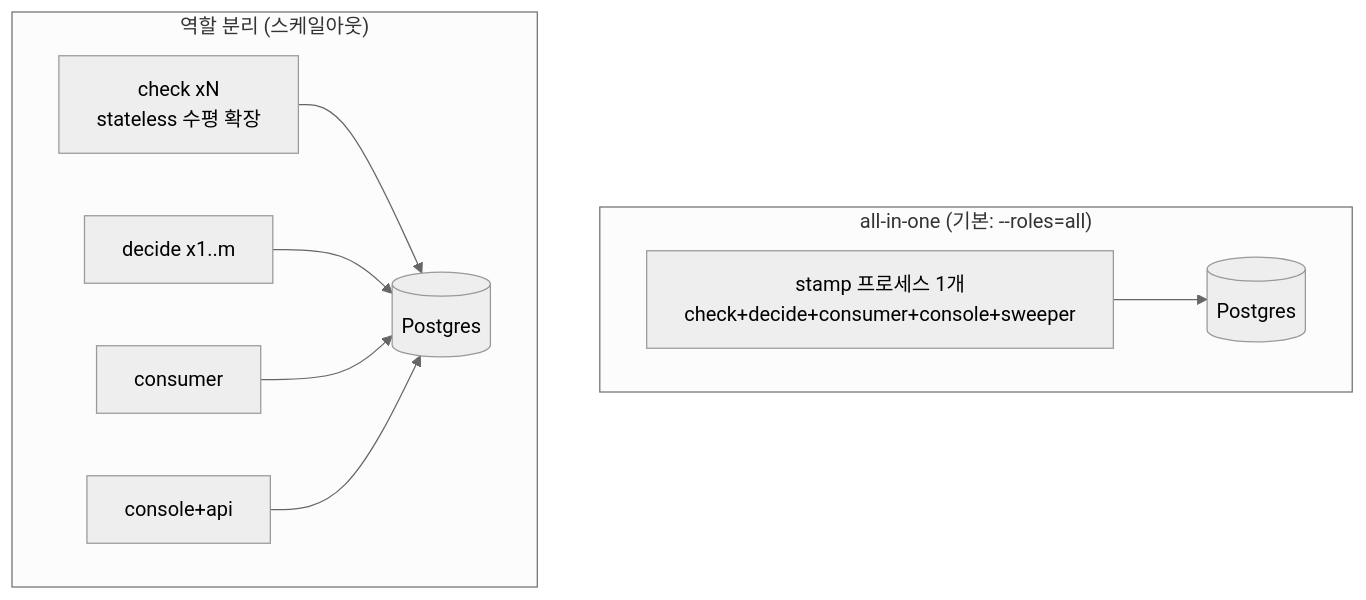
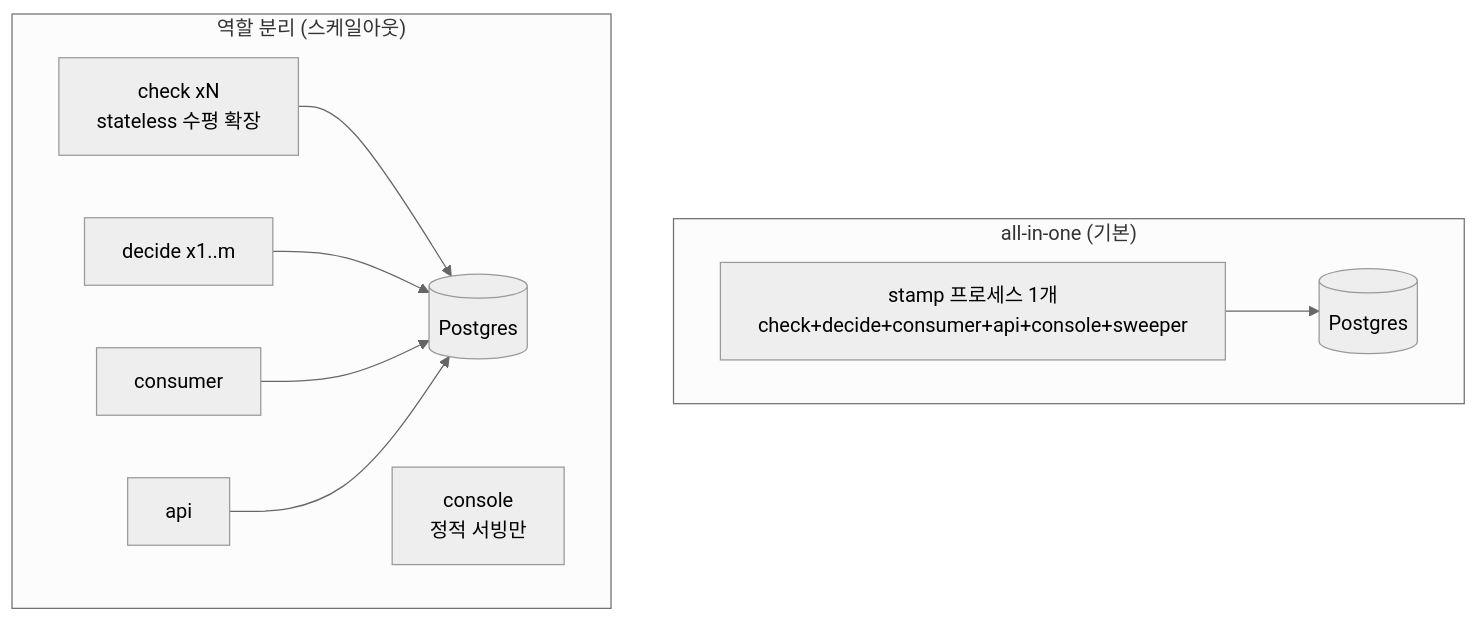
Before and after one commit to d0lim/stamp: the third of 5 diagrams in docs/plans/2026-08-07-001-feat-stamp-feature-map-plan.md, drawn with Mermaid (neutral theme). The commit also changed other lines of this file, not shown here.

````diff
--- a/docs/plans/2026-08-07-001-feat-stamp-feature-map-plan.md
+++ b/docs/plans/2026-08-07-001-feat-stamp-feature-map-plan.md
@@ -320,12 +362,13 @@
 ```mermaid
 flowchart TB
-    subgraph MONO["all-in-one (기본: --roles=all)"]
-      ONE[stamp 프로세스 1개<br/>check+decide+consumer+console+sweeper] --> PG1[(Postgres)]
+    subgraph MONO["all-in-one (기본)"]
+      ONE[stamp 프로세스 1개<br/>check+decide+consumer+api+console+sweeper] --> PG1[(Postgres)]
     end
     subgraph SPLIT["역할 분리 (스케일아웃)"]
       C1R[check xN<br/>stateless 수평 확장] --> PG2[(Postgres)]
       D1[decide x1..m] --> PG2
       CS[consumer] --> PG2
-      CO[console+api] --> PG2
+      AP[api] --> PG2
+      CO[console<br/>정적 서빙만]
     end
 ```
````
